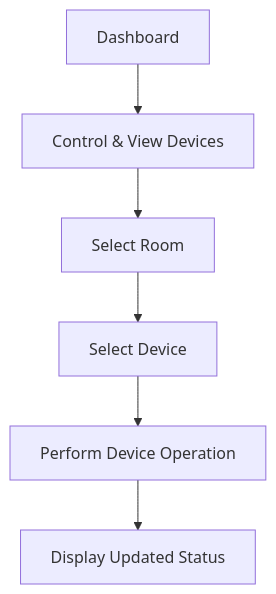
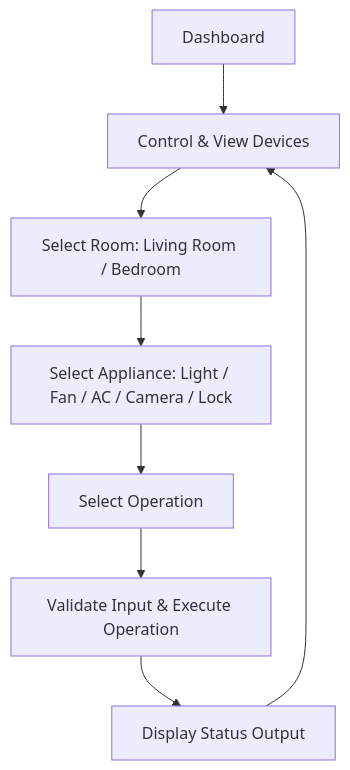
Before and after one commit to Sanoj-936/ControlSphere: the fourth of 5 diagrams in README.md, drawn with Mermaid. The commit also changed other lines of this file, not shown here.

Commit message:
Professional improvements to README: repair Mermaid diagrams, fix tables, and add demo credentials callout

````diff
--- a/README.md
+++ b/README.md
@@ -255,8 +297,10 @@
 ```mermaid
 flowchart TD
-    Dashboard --> Control[Control & View Devices]
-    Control --> SelectRoom[Select Room]
-    SelectRoom --> SelectDevice[Select Device]
-    SelectDevice --> Operate[Perform Device Operation]
-    Operate --> Status[Display Updated Status]
+    Dashboard[Dashboard] --> Control[Control & View Devices]
+    Control --> SelectRoom[Select Room: Living Room / Bedroom]
+    SelectRoom --> SelectDevice[Select Appliance: Light / Fan / AC / Camera / Lock]
+    SelectDevice --> Action[Select Operation]
+    Action --> Execute[Validate Input & Execute Operation]
+    Execute --> Feedback[Display Status Output]
+    Feedback --> Control
 ```
````
